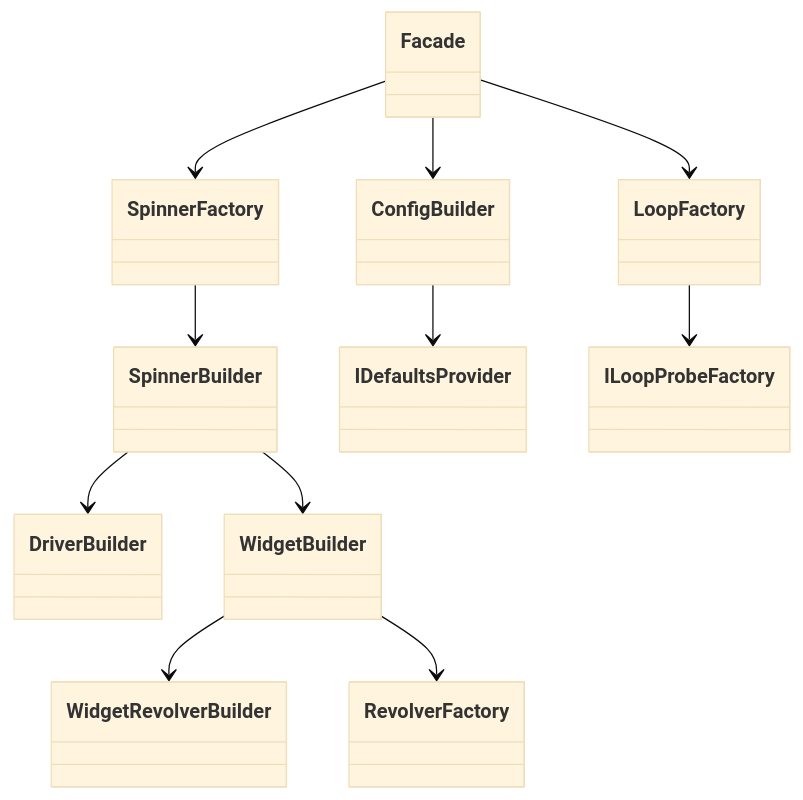
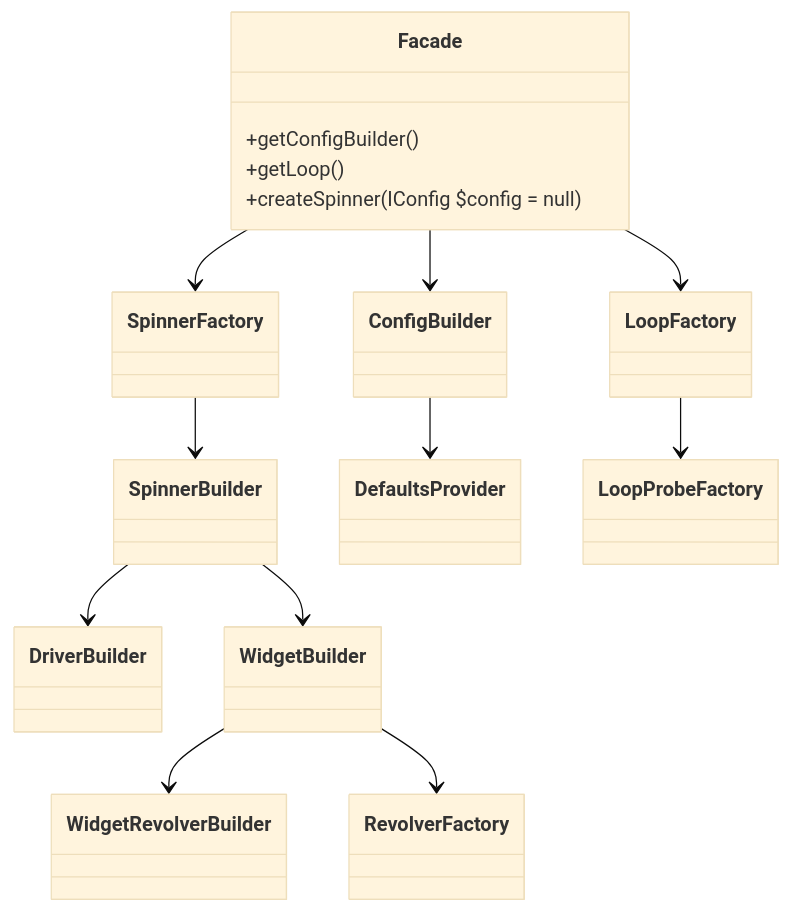
One commit to alecrabbit/php-console-spinner changed the diagram in doc/info/hierarchy/services.md. Above: the diagram before and after it, drawn with Mermaid (base theme). The commit also changed 20 other files, not shown here.

````diff
--- a/doc/info/hierarchy/services.md
+++ b/doc/info/hierarchy/services.md
@@ -3,20 +3,25 @@
 ```mermaid
 classDiagram
     direction TB
     Facade --> SpinnerFactory
     Facade --> ConfigBuilder
     Facade --> LoopFactory
-
+    class Facade{
+        +getConfigBuilder()
+        +getLoop()
+        +createSpinner(IConfig $config = null)
+    }
+    
     SpinnerFactory --> SpinnerBuilder
 
-    ConfigBuilder --> IDefaultsProvider
+    ConfigBuilder --> DefaultsProvider
 
-    LoopFactory --> ILoopProbeFactory
+    LoopFactory --> LoopProbeFactory
     
     SpinnerBuilder --> DriverBuilder
     SpinnerBuilder --> WidgetBuilder
     
     WidgetBuilder --> WidgetRevolverBuilder
     WidgetBuilder --> RevolverFactory
     
 ```
````
